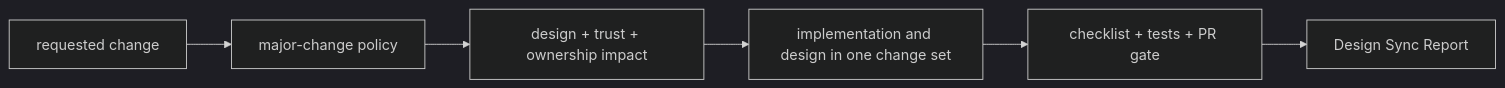
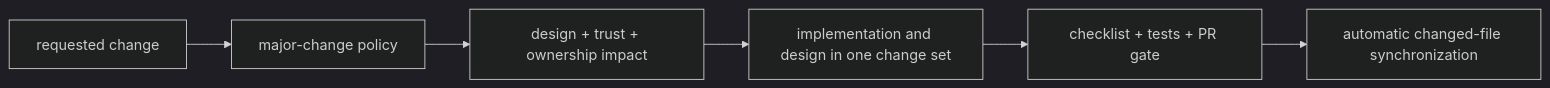
One commit to diaryfolio/MalZone changed the diagram in docs/prompts/governance/README.md. Above: the diagram before and after it, drawn with Mermaid (dark theme). The commit also changed other lines of this file and 15 other files, not shown here.

````diff
--- a/docs/prompts/governance/README.md
+++ b/docs/prompts/governance/README.md
@@ -6,8 +6,8 @@
 ```mermaid
 flowchart LR
     Request["requested change"] --> Classify["major-change policy"]
     Classify --> Impact["design + trust + ownership impact"]
     Impact --> Change["implementation and design in one change set"]
     Change --> Check["checklist + tests + PR gate"]
-    Check --> Report["Design Sync Report"]
+    Check --> Gate["automatic changed-file synchronization"]
 ```
````
